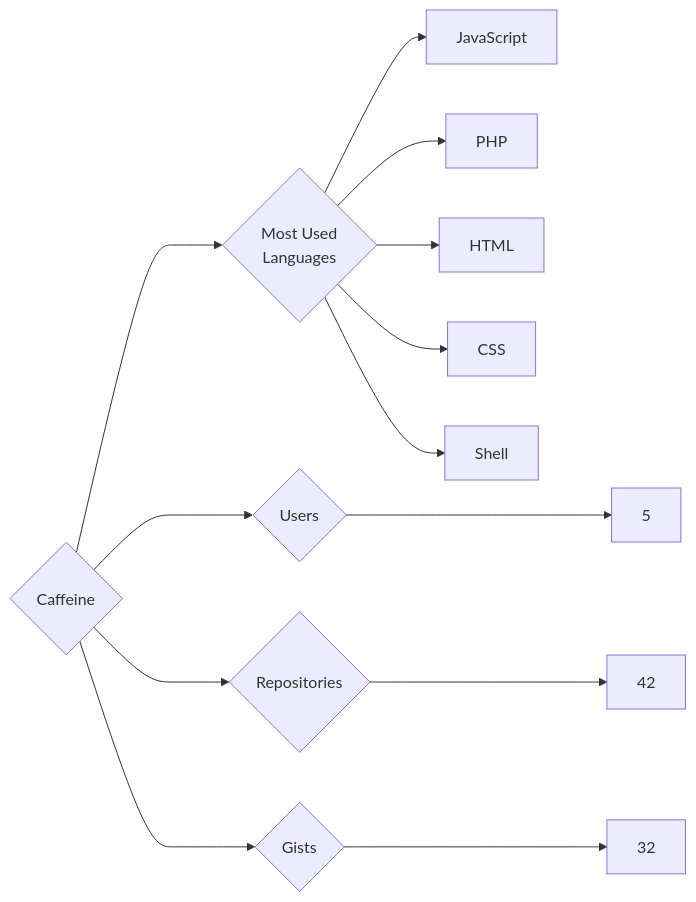
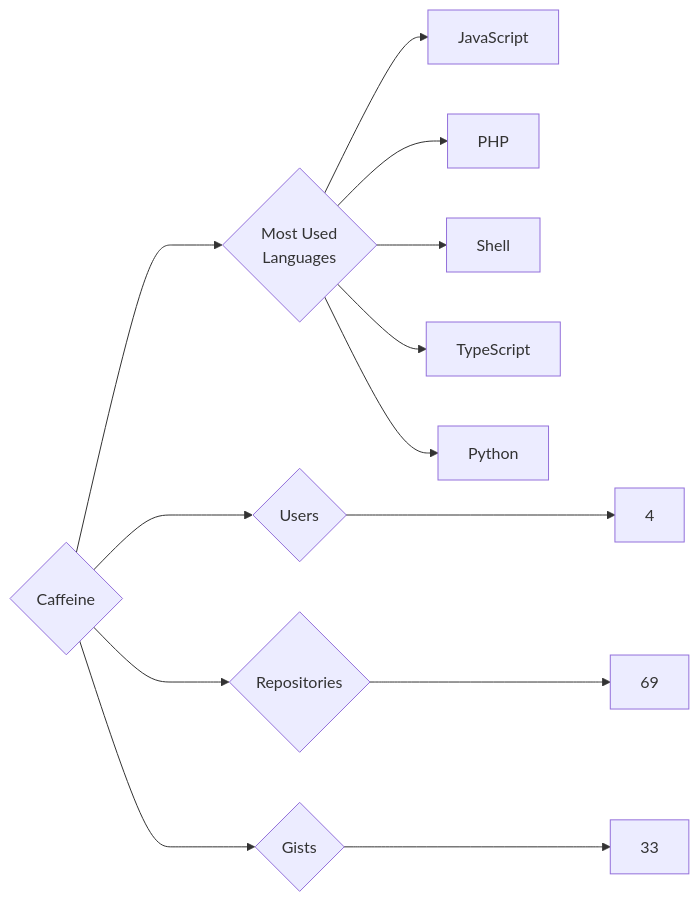
Before and after one commit to trickest/insiders: the diagram in targets/Caffeine/README.md, drawn with Mermaid. The commit also changed 933 other files, not shown here.

````diff
--- a/targets/Caffeine/README.md
+++ b/targets/Caffeine/README.md
@@ -3,13 +3,13 @@
 ```mermaid
 graph LR
 COMPANY_NAME{Caffeine}
-COMPANY_NAME ---> U{Users} ---> UN[5]
-COMPANY_NAME ---> R{Repositories} ---> RN[42]
-COMPANY_NAME ---> G{Gists} ---> GN[32]
+COMPANY_NAME ---> U{Users} ---> UN[4]
+COMPANY_NAME ---> R{Repositories} ---> RN[69]
+COMPANY_NAME ---> G{Gists} ---> GN[33]
 COMPANY_NAME ---> ML{Most Used<br>Languages}
 ML --> JavaScript[JavaScript]
 ML --> PHP[PHP]
-ML --> HTML[HTML]
-ML --> CSS[CSS]
 ML --> Shell[Shell]
+ML --> TypeScript[TypeScript]
+ML --> Python[Python]
 ```
````
